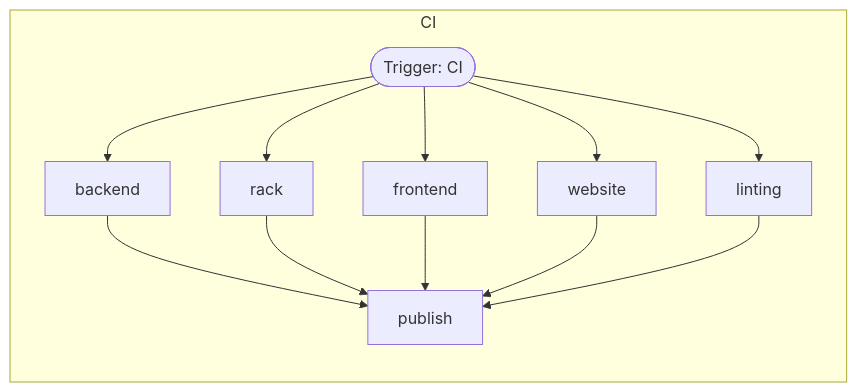
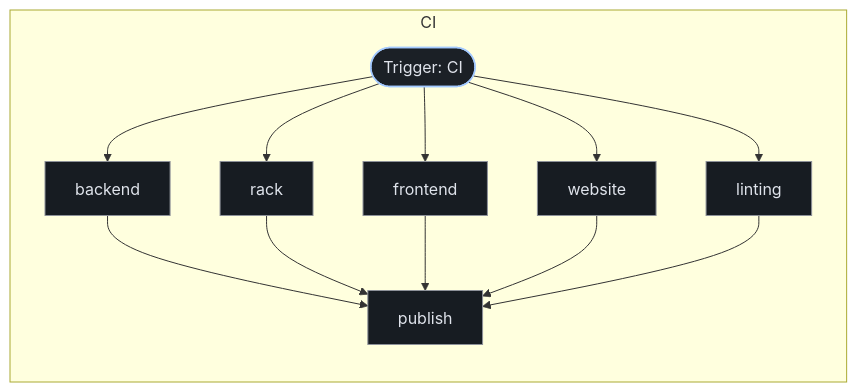
One commit to kumarshaz/atruss-code-atlas changed the third of 3 diagrams in exports/latest/reports/discourse-logster-report.md. Above: the diagram before and after it, drawn with Mermaid. The commit also changed other lines of this file and 331 other files, not shown here.

Commit message:
docs,ui,fix: update SDLC docs, reorder CI/CD DAG first, stylize Mermaid, and fix Arc42 pipeline topology

````diff
--- a/exports/latest/reports/discourse-logster-report.md
+++ b/exports/latest/reports/discourse-logster-report.md
@@ -219,23 +230,30 @@
 ```mermaid
 graph TD;
+  classDef atlasRoot fill:#004882,stroke:#a3c9ff,stroke-width:2px,color:#d3e4ff
+  classDef atlasCategory fill:#212428,stroke:#E87A48,stroke-width:1.5px,color:#dfe3eb
+  classDef atlasWorkflow fill:#1b2026,stroke:#a3c9ff,stroke-width:1.5px,color:#dfe3eb
+  classDef atlasJob fill:#171c22,stroke:#8d9199,stroke-width:1px,color:#dfe3eb
+  classDef atlasTarget fill:#005227,stroke:#8bd99b,stroke-width:1.5px,color:#a7f6b6
+  classDef atlasAlert fill:#93000a,stroke:#ffb4ab,stroke-width:1.5px,color:#ffdad6
+  classDef atlasMore fill:#252a31,stroke:#8d9199,stroke-dasharray:4 4,color:#c3c6cf
   subgraph CI_0["CI"]
     direction TB
-    0_backend["backend"]
-    0_rack["rack"]
-    0_frontend["frontend"]
-    0_website["website"]
-    0_linting["linting"]
-    0_publish["publish"]
+    0_backend["backend"]:::atlasJob
+    0_rack["rack"]:::atlasJob
+    0_frontend["frontend"]:::atlasJob
+    0_website["website"]:::atlasJob
+    0_linting["linting"]:::atlasJob
+    0_publish["publish"]:::atlasJob
     0_backend --> 0_publish
     0_rack --> 0_publish
     0_frontend --> 0_publish
     0_website --> 0_publish
     0_linting --> 0_publish
-    wf_entry_0(["Trigger: CI"])
+    wf_entry_0(["Trigger: CI"]):::atlasWorkflow
     wf_entry_0 --> 0_backend
     wf_entry_0 --> 0_rack
     wf_entry_0 --> 0_frontend
     wf_entry_0 --> 0_website
     wf_entry_0 --> 0_linting
   end
 ```
````
